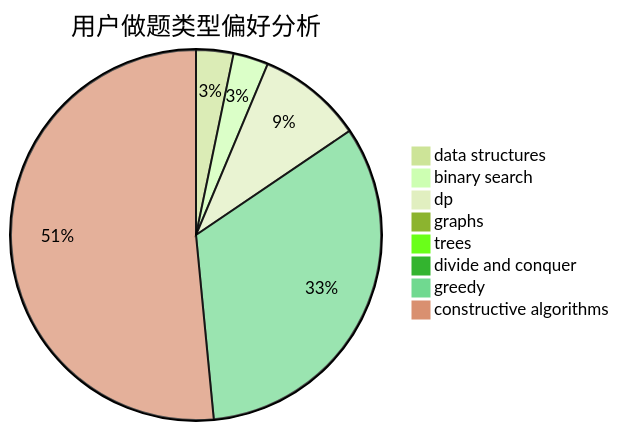
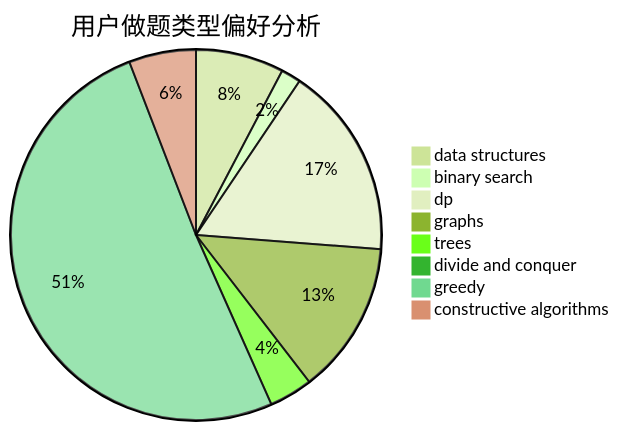
Before and after one commit to sherpahu/cfrs.github.io: the second of 3 diagrams in docs/user/u2283.md, drawn with Mermaid (forest theme). The commit also changed other lines of this file and 2770 other files, not shown here.

````diff
--- a/docs/user/u2283.md
+++ b/docs/user/u2283.md
@@ -23,11 +23,11 @@
 ```mermaid
 pie title 用户做题类型偏好分析
-    "data structures" :  17
+    "data structures" :  71
     "binary search" :  16
-    "dp" :  48
-    "graphs" :  5
-    "trees" :  0
-    "divide and conquer" :  1
-    "greedy" :  172
-    "constructive algorithms" :  269
+    "dp" :  155
+    "graphs" :  123
+    "trees" :  35
+    "divide and conquer" :  2
+    "greedy" :  469
+    "constructive algorithms" :  54
 ```
````
